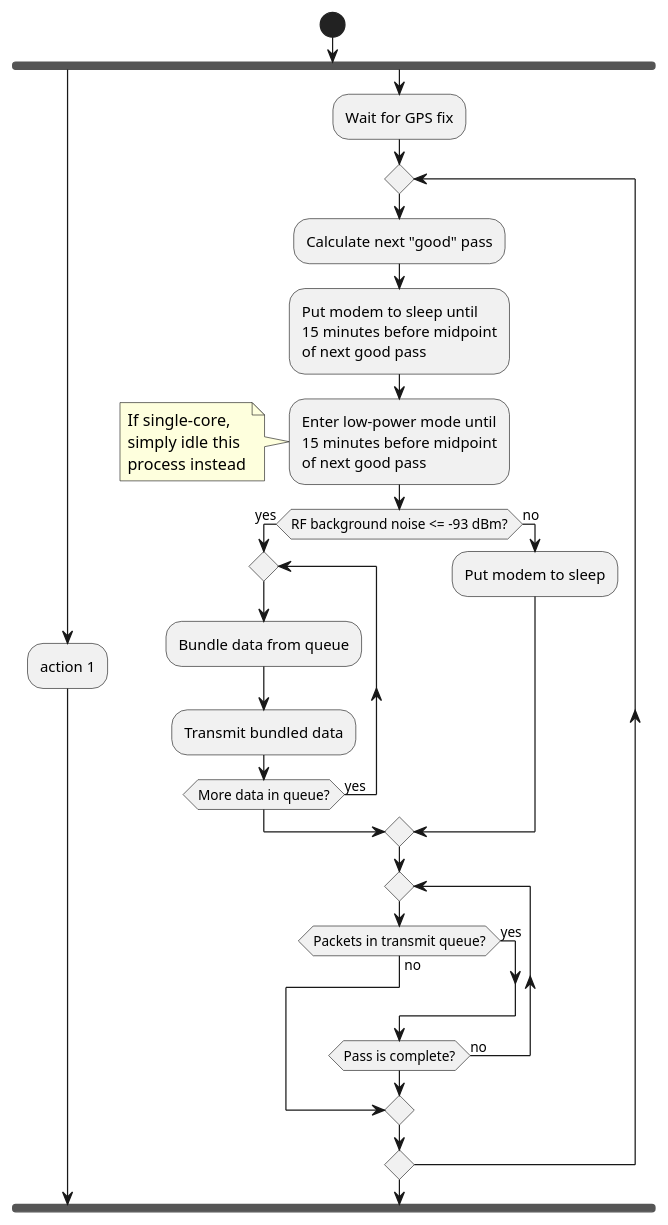
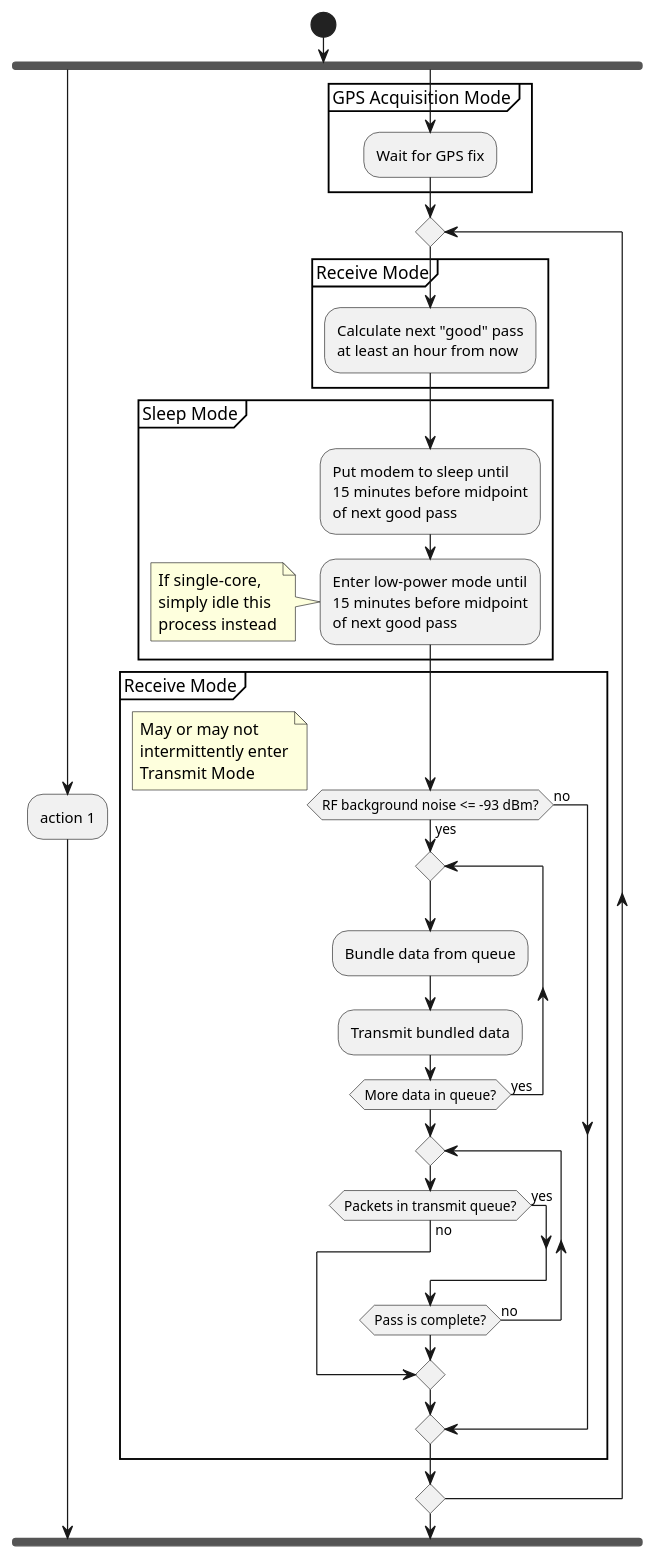
One commit to garrettkinman/MSc-Thesis-Diagrams changed the diagram in hostAlgorithm.wsd. Above: the diagram before and after it, drawn with PlantUML.

Commit message:
Got core 0 algorithm in pretty good shape

```diff
--- a/hostAlgorithm.wsd
+++ b/hostAlgorithm.wsd
@@ -1,34 +1,47 @@
 @startuml
 
 
 
 start
 fork
   :action 1;
 fork again
-  :Wait for GPS fix;
-  repeat
-    :Calculate next "good" pass;
-    :Put modem to sleep until\n15 minutes before midpoint\nof next good pass;
-    :Enter low-power mode until\n15 minutes before midpoint\nof next good pass;
-    note left: If single-core,\nsimply idle this\nprocess instead
-    if (RF background noise <= -93 dBm?) then (yes)
-        repeat
-            :Bundle data from queue;
-            :Transmit bundled data;
-        repeat while (More data in queue?) is (yes)
-    else (no)
-        :Put modem to sleep;
-    endif
+    partition "GPS Acquisition Mode" {
+        :Wait for GPS fix;
+    }
+
     repeat
-        if (Packets in transmit queue?) then (no)
-            break
-        else (yes)
-            
-        endif
-    repeat while (Pass is complete?) is (no)
-  repeat while ()
+        partition "Receive Mode" {
+            :Calculate next "good" pass\nat least an hour from now;
+        }
+        
+        partition "Sleep Mode" {
+            :Put modem to sleep until\n15 minutes before midpoint\nof next good pass;
+            :Enter low-power mode until\n15 minutes before midpoint\nof next good pass;
+        }
+
+        note left: If single-core,\nsimply idle this\nprocess instead
+        partition "Receive Mode" {
+            if (RF background noise <= -93 dBm?) then (yes)
+                repeat
+                    :Bundle data from queue;
+                    :Transmit bundled data;
+                repeat while (More data in queue?) is (yes)
+                repeat
+                    if (Packets in transmit queue?) then (no)
+                        break
+                    else (yes)
+                        
+                    endif
+                repeat while (Pass is complete?) is (no)
+            else (no)
+            endif
+        }
+        floating note: May or may not\nintermittently enter\nTransmit Mode
+
+
+    repeat while ()
 
 end fork
 
 @enduml
```
